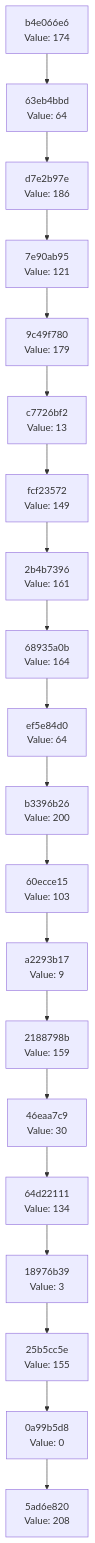
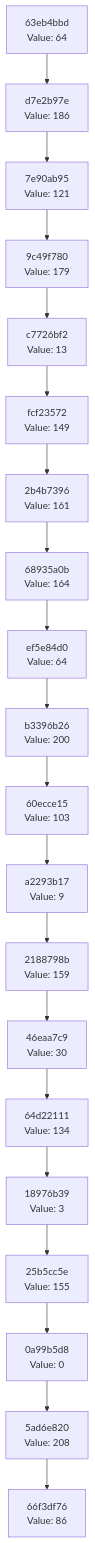
The diagram in docs/CHAIN_VISUALIZATION.md (Abhisheksinha1506/hash-chain-evolver), drawn with Mermaid before and after one commit. The commit also changed 2 other files, not shown here.

Commit message:
Evolution Step

````diff
--- a/docs/CHAIN_VISUALIZATION.md
+++ b/docs/CHAIN_VISUALIZATION.md
@@ -3,42 +3,42 @@
 ```mermaid
 graph TD
-    C0["5ad6e820<br/>Value: 208"]
-    C1["0a99b5d8<br/>Value: 0"]
+    C0["66f3df76<br/>Value: 86"]
+    C1["5ad6e820<br/>Value: 208"]
     C1 --> C0
-    C2["25b5cc5e<br/>Value: 155"]
+    C2["0a99b5d8<br/>Value: 0"]
     C2 --> C1
-    C3["18976b39<br/>Value: 3"]
+    C3["25b5cc5e<br/>Value: 155"]
     C3 --> C2
-    C4["64d22111<br/>Value: 134"]
+    C4["18976b39<br/>Value: 3"]
     C4 --> C3
-    C5["46eaa7c9<br/>Value: 30"]
+    C5["64d22111<br/>Value: 134"]
     C5 --> C4
-    C6["2188798b<br/>Value: 159"]
+    C6["46eaa7c9<br/>Value: 30"]
     C6 --> C5
-    C7["a2293b17<br/>Value: 9"]
+    C7["2188798b<br/>Value: 159"]
     C7 --> C6
-    C8["60ecce15<br/>Value: 103"]
+    C8["a2293b17<br/>Value: 9"]
     C8 --> C7
-    C9["b3396b26<br/>Value: 200"]
+    C9["60ecce15<br/>Value: 103"]
     C9 --> C8
-    C10["ef5e84d0<br/>Value: 64"]
+    C10["b3396b26<br/>Value: 200"]
     C10 --> C9
-    C11["68935a0b<br/>Value: 164"]
+    C11["ef5e84d0<br/>Value: 64"]
     C11 --> C10
-    C12["2b4b7396<br/>Value: 161"]
+    C12["68935a0b<br/>Value: 164"]
     C12 --> C11
-    C13["fcf23572<br/>Value: 149"]
+    C13["2b4b7396<br/>Value: 161"]
     C13 --> C12
-    C14["c7726bf2<br/>Value: 13"]
+    C14["fcf23572<br/>Value: 149"]
     C14 --> C13
-    C15["9c49f780<br/>Value: 179"]
+    C15["c7726bf2<br/>Value: 13"]
     C15 --> C14
-    C16["7e90ab95<br/>Value: 121"]
+    C16["9c49f780<br/>Value: 179"]
     C16 --> C15
-    C17["d7e2b97e<br/>Value: 186"]
+    C17["7e90ab95<br/>Value: 121"]
     C17 --> C16
-    C18["63eb4bbd<br/>Value: 64"]
+    C18["d7e2b97e<br/>Value: 186"]
     C18 --> C17
-    C19["b4e066e6<br/>Value: 174"]
+    C19["63eb4bbd<br/>Value: 64"]
     C19 --> C18
 ```
````
